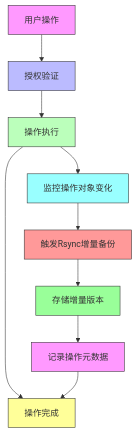
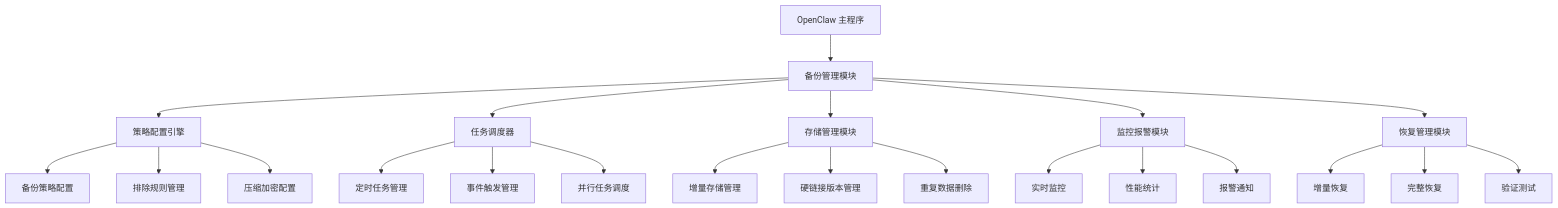
The diagram in README.md (ai-toolbox-hub/openclaw-plugins-backup), drawn with Mermaid before and after one commit. The commit also changed other lines of this file and 4 other files, not shown here.

````diff
--- a/README.md
+++ b/README.md
@@ -67,20 +120,29 @@
 ```mermaid
 graph TD
-    A[用户操作] --> B[授权验证]
-    B --> C[操作执行]
-    C --> D[操作完成]
-    C --> E[监控操作对象变化]
-    E --> F[触发Rsync增量备份]
-    F --> G[存储增量版本]
-    G --> H[记录操作元数据]
-    H --> D
+    A[OpenClaw 主程序] --> B[备份管理模块]
+    B --> C[策略配置引擎]
+    B --> D[任务调度器]
+    B --> E[存储管理模块]
+    B --> F[监控报警模块]
+    B --> G[恢复管理模块]
 
-    style A fill:#f9f,stroke:#333
-    style B fill:#bbf,stroke:#333
-    style C fill:#bfb,stroke:#333
-    style D fill:#ff9,stroke:#333
-    style E fill:#9ff,stroke:#333
-    style F fill:#f99,stroke:#333
-    style G fill:#9f9,stroke:#333
-    style H fill:#f9f,stroke:#333
+    C --> C1[备份策略配置]
+    C --> C2[排除规则管理]
+    C --> C3[压缩加密配置]
+
+    D --> D1[定时任务管理]
+    D --> D2[事件触发管理]
+    D --> D3[并行任务调度]
+
+    E --> E1[增量存储管理]
+    E --> E2[硬链接版本管理]
+    E --> E3[重复数据删除]
+
+    F --> F1[实时监控]
+    F --> F2[性能统计]
+    F --> F3[报警通知]
+
+    G --> G1[增量恢复]
+    G --> G2[完整恢复]
+    G --> G3[验证测试]
 ```
````
